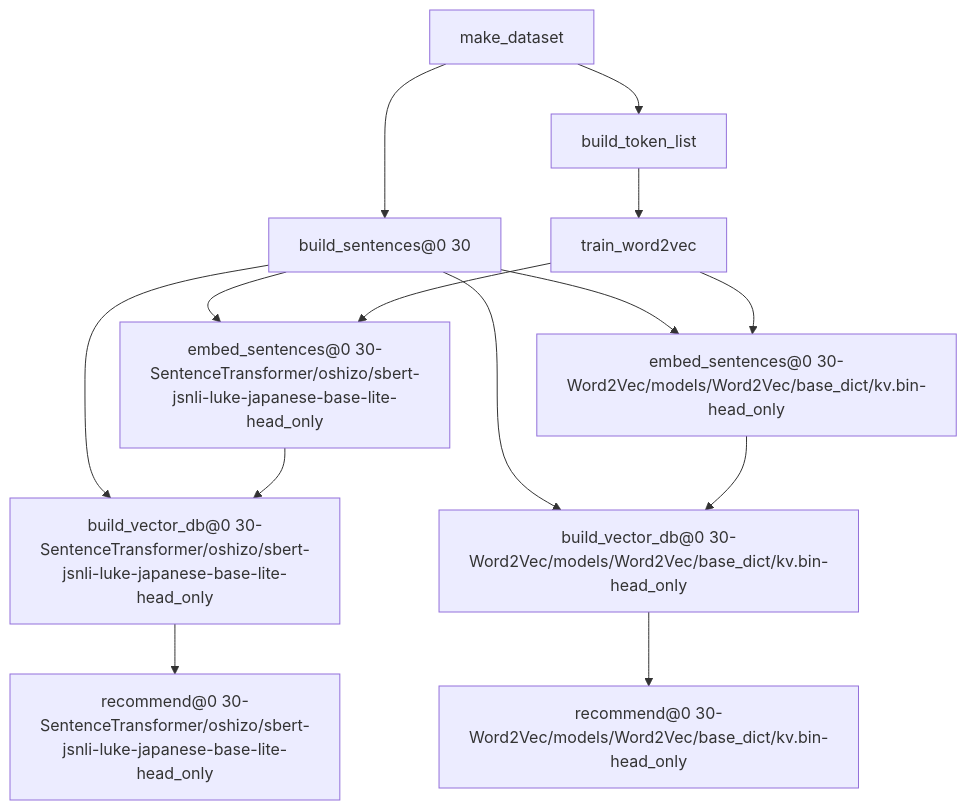
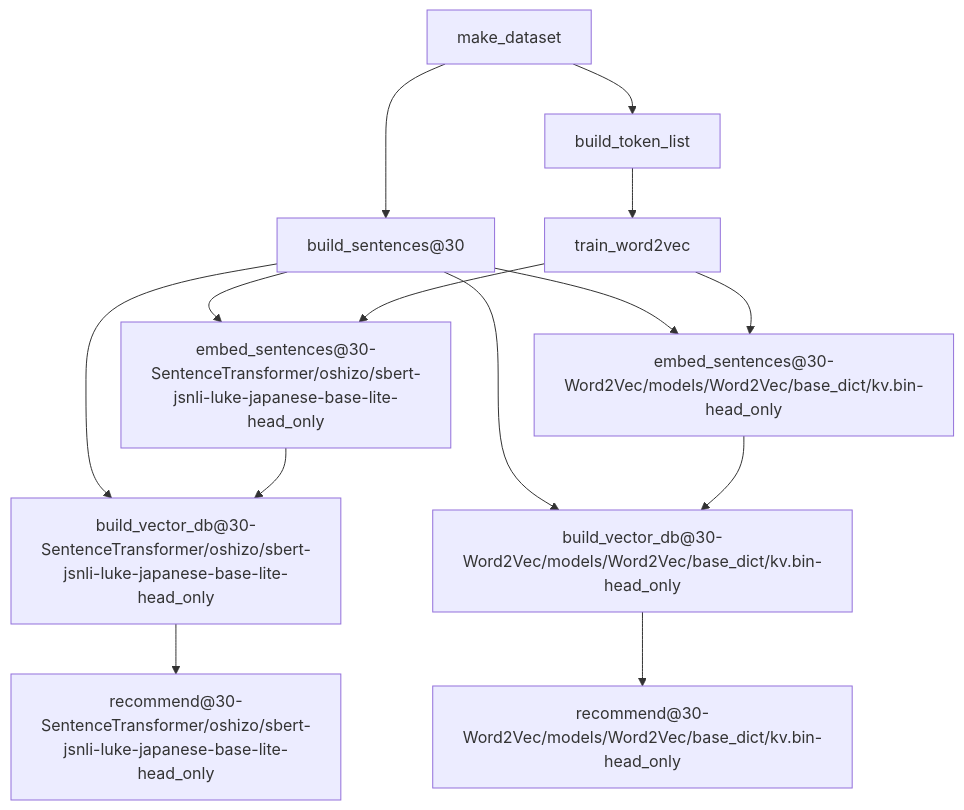
One commit to u-masao/embed-text-recommender changed the diagram in PIPELINE.md. Above: the diagram before and after it, drawn with Mermaid.

Commit message:
[update] dvc repro

````diff
--- a/PIPELINE.md
+++ b/PIPELINE.md
@@ -1,26 +1,26 @@
 ```mermaid
 flowchart TD
-	node1["build_sentences@0 30"]
+	node1["build_sentences@30"]
 	node2["build_token_list"]
-	node3["build_vector_db@0 30-SentenceTransformer/oshizo/sbert-jsnli-luke-japanese-base-lite-head_only"]
-	node4["build_vector_db@0 30-Word2Vec/models/Word2Vec/base_dict/kv.bin-head_only"]
-	node5["embed_sentences@0 30-SentenceTransformer/oshizo/sbert-jsnli-luke-japanese-base-lite-head_only"]
-	node6["embed_sentences@0 30-Word2Vec/models/Word2Vec/base_dict/kv.bin-head_only"]
+	node3["build_vector_db@30-SentenceTransformer/oshizo/sbert-jsnli-luke-japanese-base-lite-head_only"]
+	node4["build_vector_db@30-Word2Vec/models/Word2Vec/base_dict/kv.bin-head_only"]
+	node5["embed_sentences@30-SentenceTransformer/oshizo/sbert-jsnli-luke-japanese-base-lite-head_only"]
+	node6["embed_sentences@30-Word2Vec/models/Word2Vec/base_dict/kv.bin-head_only"]
 	node7["make_dataset"]
-	node8["recommend@0 30-SentenceTransformer/oshizo/sbert-jsnli-luke-japanese-base-lite-head_only"]
-	node9["recommend@0 30-Word2Vec/models/Word2Vec/base_dict/kv.bin-head_only"]
+	node8["recommend@30-SentenceTransformer/oshizo/sbert-jsnli-luke-japanese-base-lite-head_only"]
+	node9["recommend@30-Word2Vec/models/Word2Vec/base_dict/kv.bin-head_only"]
 	node10["train_word2vec"]
 	node1-->node3
 	node1-->node4
 	node1-->node5
 	node1-->node6
 	node2-->node10
 	node3-->node8
 	node4-->node9
 	node5-->node3
 	node6-->node4
 	node7-->node1
 	node7-->node2
 	node10-->node5
 	node10-->node6
 ```
````
